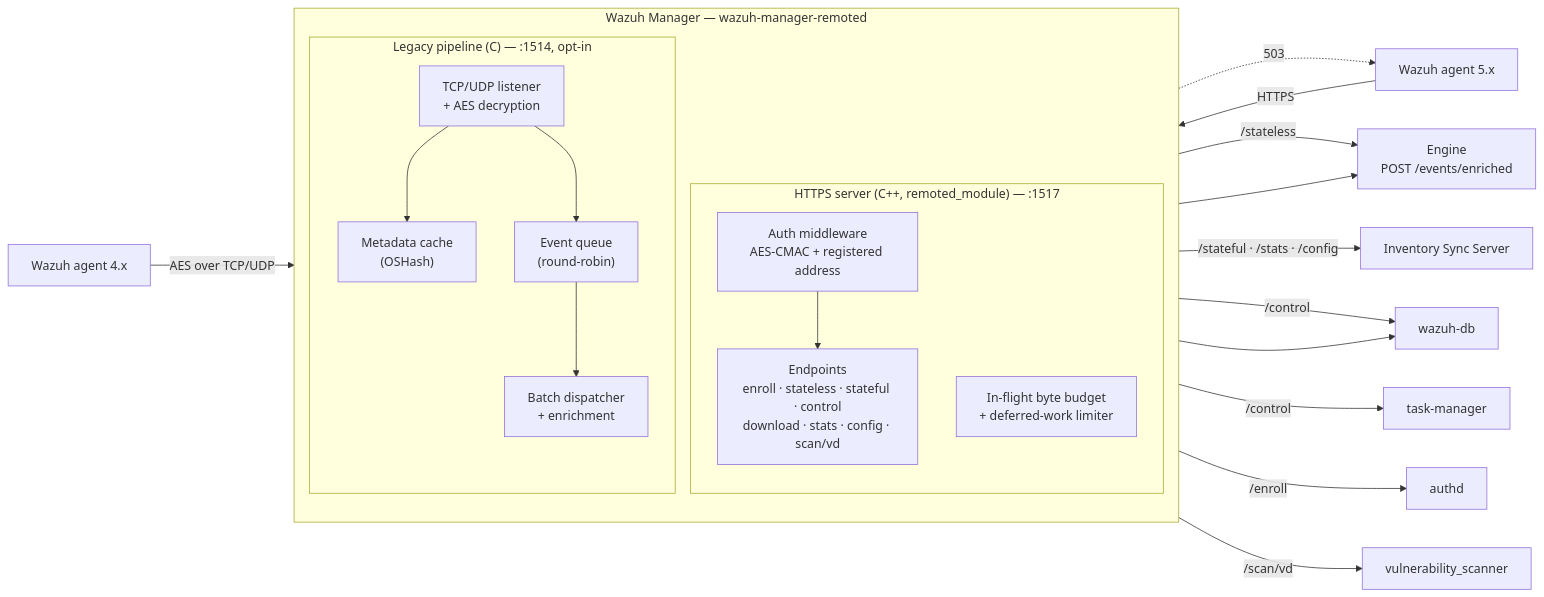
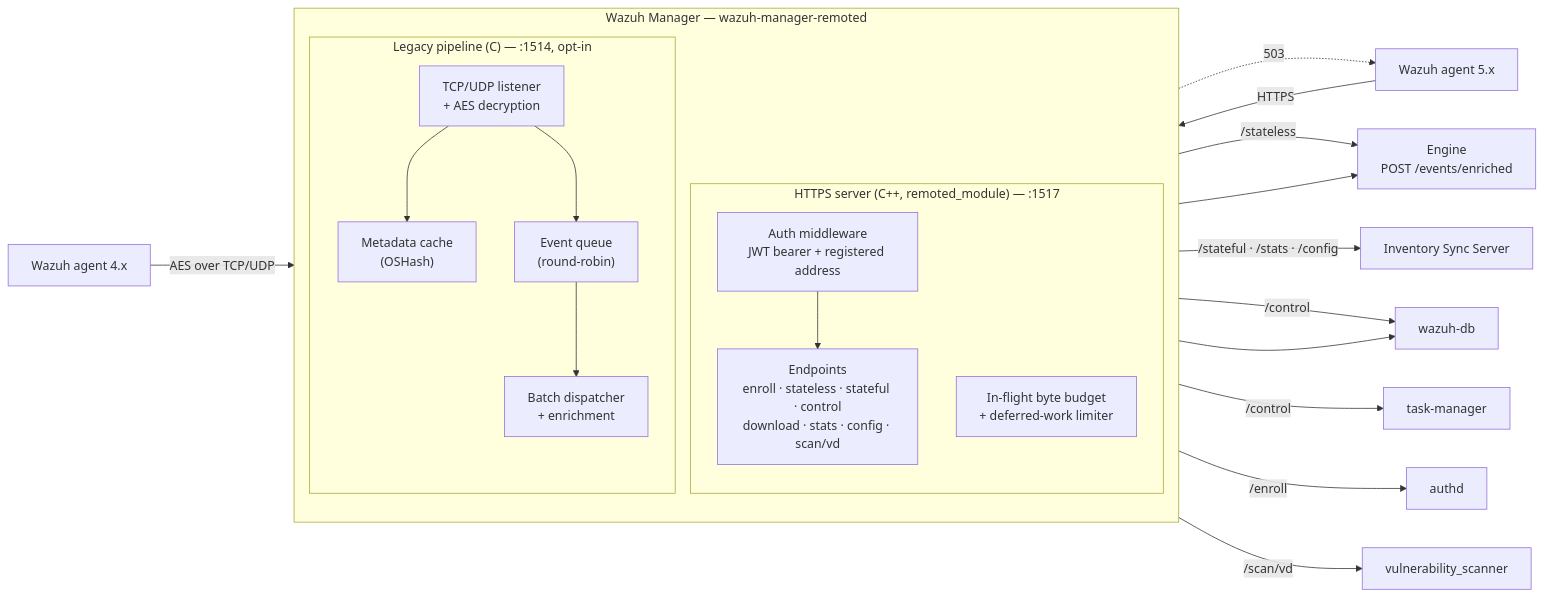
One commit to wazuh/wazuh changed the diagram in docs/ref/modules/remoted/architecture.md. Above: the diagram before and after it, drawn with Mermaid. The commit also changed other lines of this file and 31 other files, not shown here.

First line of the commit message:
docs(remoted): document the wazuh-agent+jwt / wazuh-enroll+jwt bearer profiles (#38582)

````diff
--- a/docs/ref/modules/remoted/architecture.md
+++ b/docs/ref/modules/remoted/architecture.md
@@ -28,42 +28,42 @@
 ```mermaid
 flowchart LR
     A5["Wazuh agent 5.x"]
     A4["Wazuh agent 4.x"]
 
     subgraph MGR["Wazuh Manager — wazuh-manager-remoted"]
         direction TB
         subgraph HTTPS["HTTPS server (C++, remoted_module) — :1517"]
-            AUTH["Auth middleware<br/>AES-CMAC + registered address"]
+            AUTH["Auth middleware<br/>JWT bearer + registered address"]
             EP["Endpoints<br/>enroll · stateless · stateful · control<br/>download · stats · config · scan/vd"]
             BUD["In-flight byte budget<br/>+ deferred-work limiter"]
         end
         subgraph LEG["Legacy pipeline (C) — :1514, opt-in"]
             LIS["TCP/UDP listener<br/>+ AES decryption"]
             META["Metadata cache<br/>(OSHash)"]
             EQ["Event queue<br/>(round-robin)"]
             DISP["Batch dispatcher<br/>+ enrichment"]
         end
     end
 
     ENG["Engine<br/>POST /events/enriched"]
     SYNC["Inventory Sync Server"]
     WDB["wazuh-db"]
     AUTHD["authd"]
     TASK["task-manager"]
     VD["vulnerability_scanner"]
 
     A5 -->|HTTPS| AUTH --> EP
     BUD -.->|503| A5
     A4 -->|"AES over TCP/UDP"| LIS
     LIS --> META
     LIS --> EQ --> DISP
 
     EP -->|"/stateless"| ENG
     EP -->|"/stateful · /stats · /config"| SYNC
     EP -->|"/control"| WDB
     EP -->|"/control"| TASK
     EP -->|"/enroll"| AUTHD
     EP -->|"/scan/vd"| VD
     DISP --> ENG
     META --> WDB
 ```
````
